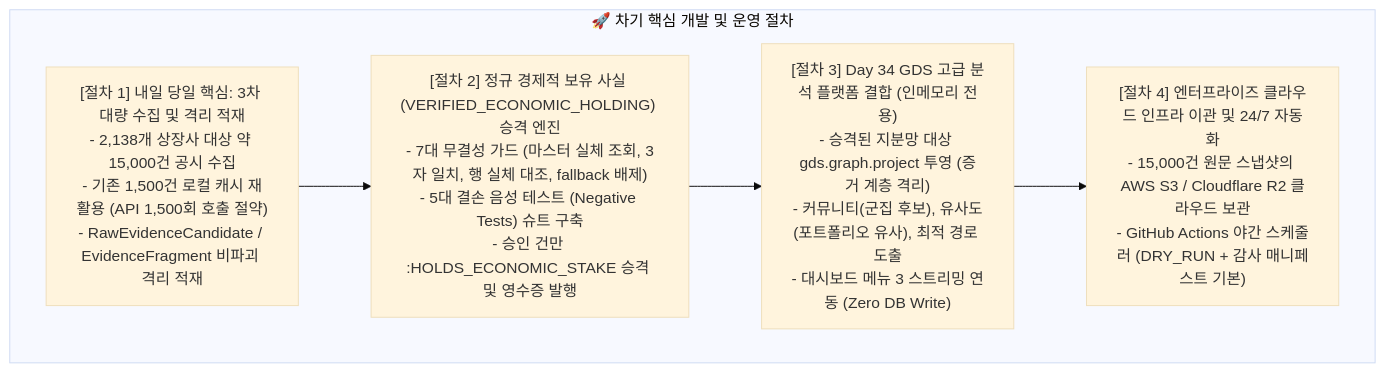
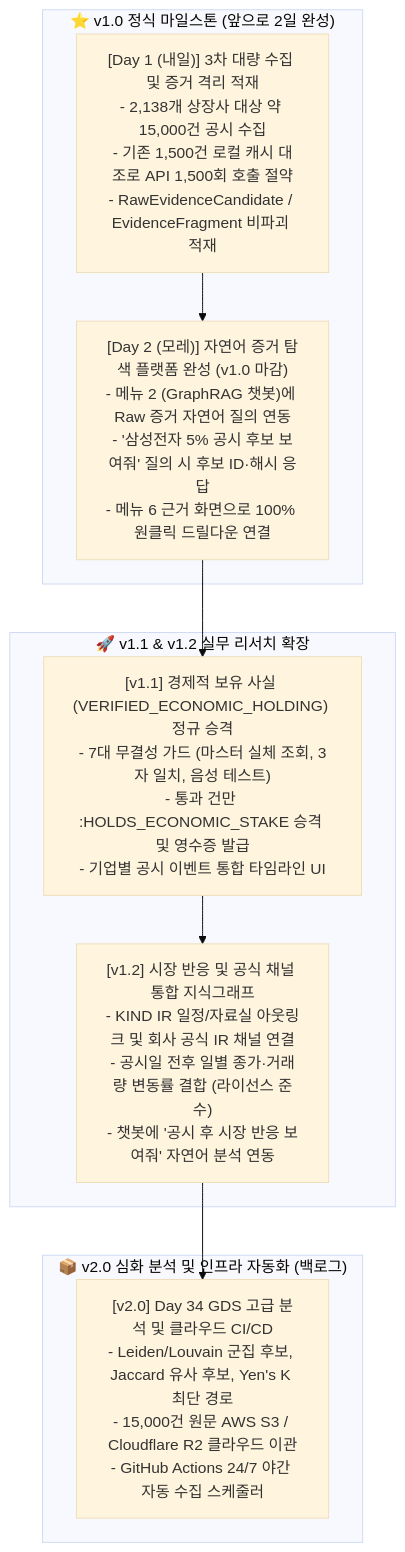
Before and after one commit to mycar4/enkoa-practice-knowledge-graph: the diagram in 내작업폴더/schedule.md, drawn with Mermaid (base theme). The commit also changed other lines of this file and 1 other file, not shown here.

Commit message:
docs(vision): evolve platform identity to Korean Listed Company Event Knowledge Graph with 4-tier data governance

````diff
--- a/내작업폴더/schedule.md
+++ b/내작업폴더/schedule.md
@@ -27,11 +58,19 @@
 ```mermaid
 flowchart TD
-    subgraph UpcomingTasks ["🚀 차기 핵심 개발 및 운영 절차"]
-        T1["[절차 1] 내일 당일 핵심: 3차 대량 수집 및 격리 적재\n- 2,138개 상장사 대상 약 15,000건 공시 수집\n- 기존 1,500건 로컬 캐시 재활용 (API 1,500회 호출 절약)\n- RawEvidenceCandidate / EvidenceFragment 비파괴 격리 적재"]
-        T2["[절차 2] 정규 경제적 보유 사실 (VERIFIED_ECONOMIC_HOLDING) 승격 엔진\n- 7대 무결성 가드 (마스터 실체 조회, 3자 일치, 행 실체 대조, fallback 배제)\n- 5대 결손 음성 테스트 (Negative Tests) 슈트 구축\n- 승인 건만 :HOLDS_ECONOMIC_STAKE 승격 및 영수증 발행"]
-        T3["[절차 3] Day 34 GDS 고급 분석 플랫폼 결합 (인메모리 전용)\n- 승격된 지분망 대상 gds.graph.project 투영 (증거 계층 격리)\n- 커뮤니티(군집 후보), 유사도(포트폴리오 유사), 최적 경로 도출\n- 대시보드 메뉴 3 스트리밍 연동 (Zero DB Write)"]
-        T4["[절차 4] 엔터프라이즈 클라우드 인프라 이관 및 24/7 자동화\n- 15,000건 원문 스냅샷의 AWS S3 / Cloudflare R2 클라우드 보관\n- GitHub Actions 야간 스케줄러 (DRY_RUN + 감사 매니페스트 기본)"]
+    subgraph CoreMVP ["⭐ v1.0 정식 마일스톤 (앞으로 2일 완성)"]
+        D1["[Day 1 (내일)] 3차 대량 수집 및 증거 격리 적재\n- 2,138개 상장사 대상 약 15,000건 공시 수집\n- 기존 1,500건 로컬 캐시 대조로 API 1,500회 호출 절약\n- RawEvidenceCandidate / EvidenceFragment 비파괴 적재"]
+        D2["[Day 2 (모레)] 자연어 증거 탐색 플랫폼 완성 (v1.0 마감)\n- 메뉴 2 (GraphRAG 챗봇)에 Raw 증거 자연어 질의 연동\n- '삼성전자 5% 공시 후보 보여줘' 질의 시 후보 ID·해시 응답\n- 메뉴 6 근거 화면으로 100% 원클릭 드릴다운 연결"]
+        D1 --> D2
     end
 
-    T1 --> T2 --> T3 --> T4
+    subgraph Expansion ["🚀 v1.1 & v1.2 실무 리서치 확장"]
+        E1["[v1.1] 경제적 보유 사실 (VERIFIED_ECONOMIC_HOLDING) 정규 승격\n- 7대 무결성 가드 (마스터 실체 조회, 3자 일치, 음성 테스트)\n- 통과 건만 :HOLDS_ECONOMIC_STAKE 승격 및 영수증 발급\n- 기업별 공시 이벤트 통합 타임라인 UI"]
+        E2["[v1.2] 시장 반응 및 공식 채널 통합 지식그래프\n- KIND IR 일정/자료실 아웃링크 및 회사 공식 IR 채널 연결\n- 공시일 전후 일별 종가·거래량 변동률 결합 (라이선스 준수)\n- 챗봇에 '공시 후 시장 반응 보여줘' 자연어 분석 연동"]
+    end
+
+    subgraph Backlog ["📦 v2.0 심화 분석 및 인프라 자동화 (백로그)"]
+        B1["[v2.0] Day 34 GDS 고급 분석 및 클라우드 CI/CD\n- Leiden/Louvain 군집 후보, Jaccard 유사 후보, Yen's K 최단 경로\n- 15,000건 원문 AWS S3 / Cloudflare R2 클라우드 이관\n- GitHub Actions 24/7 야간 자동 수집 스케줄러"]
+    end
+
+    D2 --> E1 --> E2 --> B1
 ```
````
